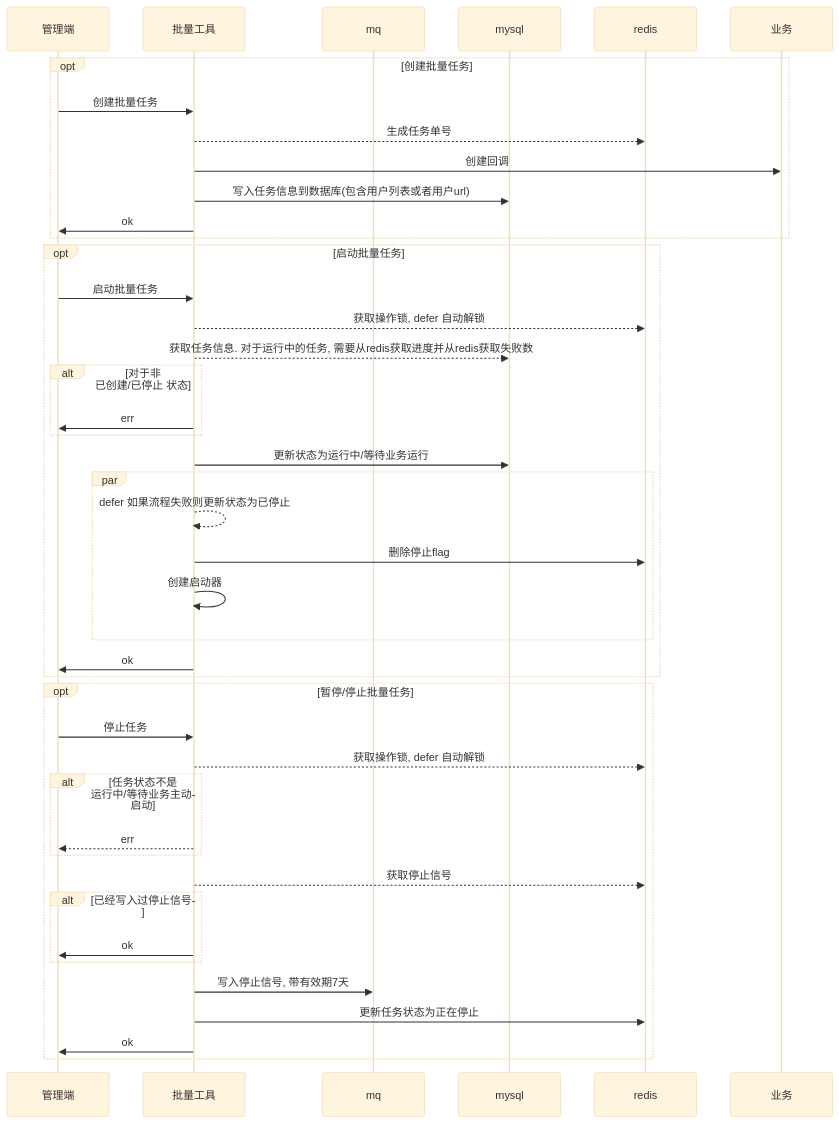
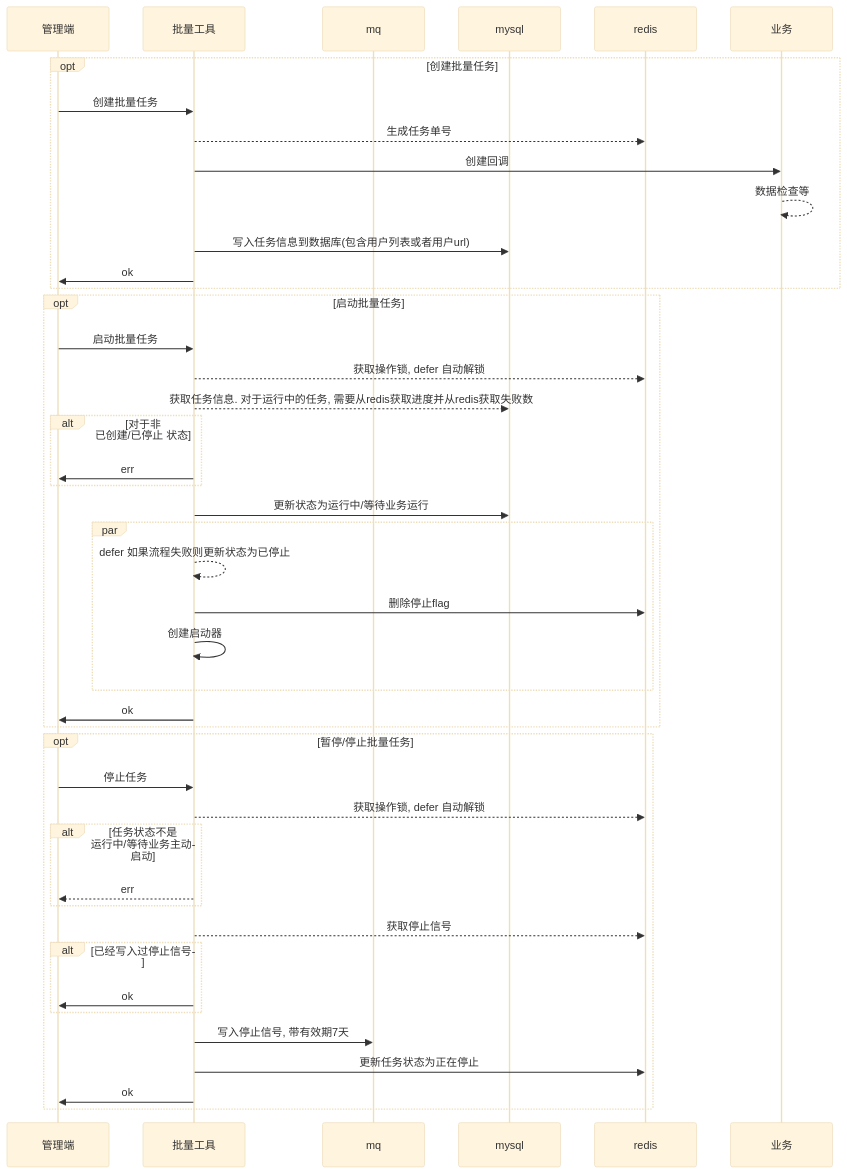
Before and after one commit to zlyuancn/batch_job: the fourth of 5 diagrams in readme.md, drawn with Mermaid (base theme). The commit also changed other lines of this file, not shown here.

````diff
--- a/readme.md
+++ b/readme.md
@@ -127,48 +125,49 @@
 ```mermaid
 sequenceDiagram
 participant a as 管理端
 participant b as 批量工具
 participant c as mq
 participant d as mysql
 participant e as redis
 participant f as 业务
 
 opt 创建批量任务
 a ->> b: 创建批量任务
 b -->> e: 生成任务单号
 b ->> f: 创建回调
+f -->> f: 数据检查等
 b ->> d: 写入任务信息到数据库(包含用户列表或者用户url)
 b ->> a: ok
 end
 
 opt 启动批量任务
 a ->> b: 启动批量任务
 b -->> e: 获取操作锁, defer 自动解锁
 b -->> d: 获取任务信息. 对于运行中的任务, 需要从redis获取进度并从redis获取失败数
 alt 对于非 已创建/已停止 状态
   b ->> a: err
 end
 b ->> d: 更新状态为运行中/等待业务运行
 par
   b -->> b: defer 如果流程失败则更新状态为已停止
   b ->> e: 删除停止flag
   b ->> b: 创建启动器
 end
 b ->> a: ok
 end
 
 opt 暂停/停止批量任务
   a->>b: 停止任务
   b -->> e: 获取操作锁, defer 自动解锁
   alt 任务状态不是 运行中/等待业务主动启动
      b -->> a: err
   end
   b -->> e: 获取停止信号
   alt 已经写入过停止信号
      b ->> a: ok
   end
   b->>c: 写入停止信号, 带有效期7天
   b->>e: 更新任务状态为正在停止
   b->>a: ok
 end
 ```
````
